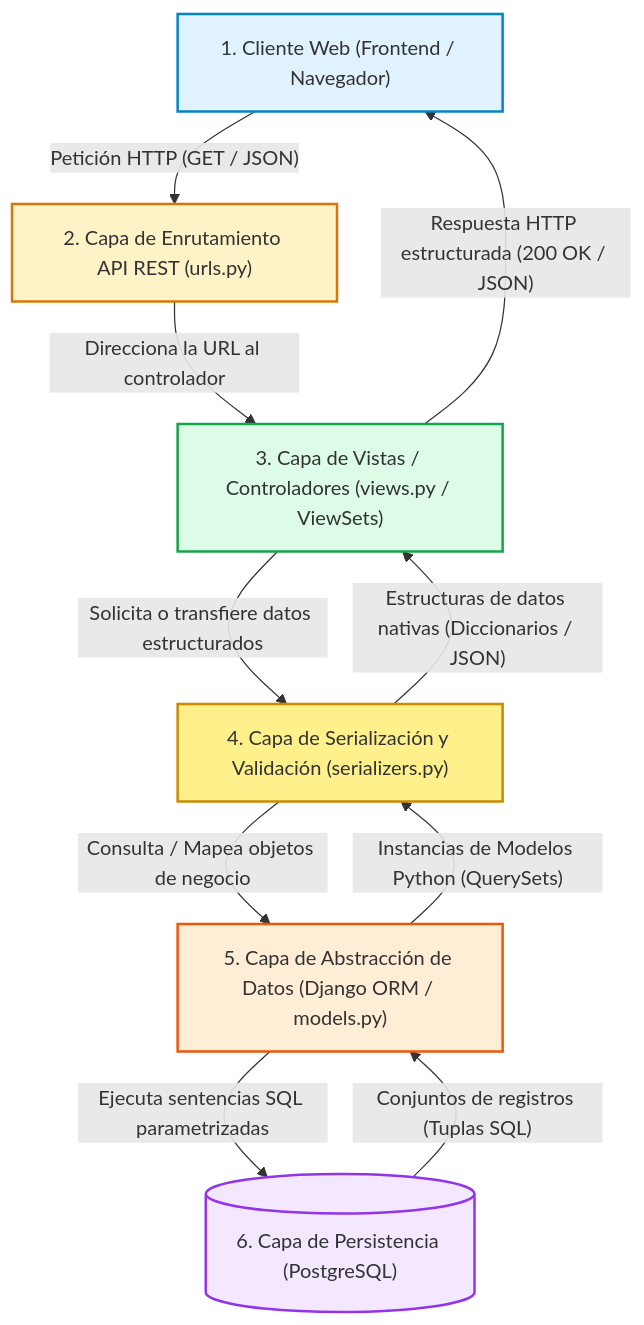
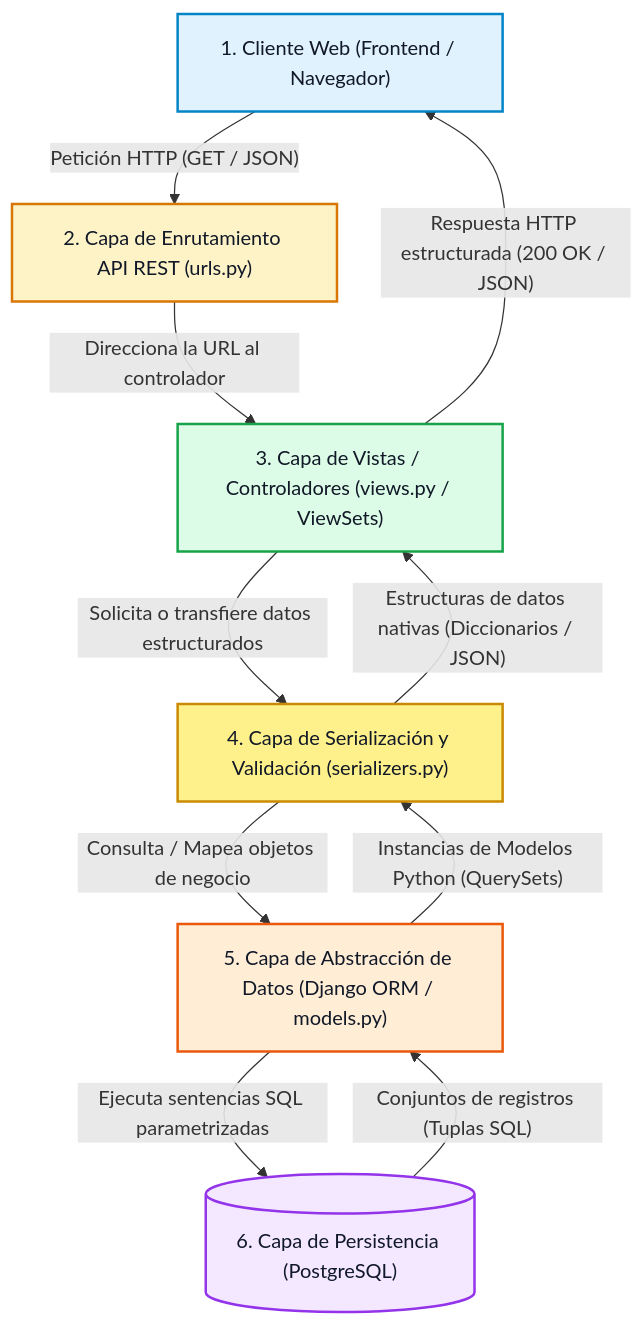
Before and after one commit to Darksam03/RuralConecta-ProyectoWeb: the first of 2 diagrams in docs/arquitectura/estructura-backend.md, drawn with Mermaid. The commit also changed 2 other files, not shown here.

Commit message:
Modifiqued font tipe

````diff
--- a/docs/arquitectura/estructura-backend.md
+++ b/docs/arquitectura/estructura-backend.md
@@ -34,27 +34,27 @@
 ```mermaid
 graph TD
     A["1. Cliente Web (Frontend / Navegador)"] -->|"Petición HTTP (GET / JSON)"| B["2. Capa de Enrutamiento API REST (urls.py)"]
     B -->|"Direcciona la URL al controlador"| C["3. Capa de Vistas / Controladores (views.py / ViewSets)"]
     C -->|"Solicita o transfiere datos estructurados"| D["4. Capa de Serialización y Validación (serializers.py)"]
     D -->|"Consulta / Mapea objetos de negocio"| E["5. Capa de Abstracción de Datos (Django ORM / models.py)"]
     E -->|"Ejecuta sentencias SQL parametrizadas"| F[("6. Capa de Persistencia (PostgreSQL)")]
     
     F -->|"Conjuntos de registros (Tuplas SQL)"| E
     E -->|"Instancias de Modelos Python (QuerySets)"| D
     D -->|"Estructuras de datos nativas (Diccionarios / JSON)"| C
     C -->|"Respuesta HTTP estructurada (200 OK / JSON)"| A
 
-    classDef client fill:#e0f2fe,stroke:#0284c7,stroke-width:2px;
-    classDef routing fill:#fef3c7,stroke:#d97706,stroke-width:2px;
-    classDef logic fill:#dcfce7,stroke:#16a34a,stroke-width:2px;
-    classDef serial fill:#fef08a,stroke:#ca8a04,stroke-width:2px;
-    classDef orm fill:#ffedd5,stroke:#ea580c,stroke-width:2px;
-    classDef db fill:#f3e8ff,stroke:#9333ea,stroke-width:2px;
+    classDef client fill:#e0f2fe,stroke:#0284c7,stroke-width:2px,color:#111827;
+    classDef routing fill:#fef3c7,stroke:#d97706,stroke-width:2px,color:#111827;
+    classDef logic fill:#dcfce7,stroke:#16a34a,stroke-width:2px,color:#111827;
+    classDef serial fill:#fef08a,stroke:#ca8a04,stroke-width:2px,color:#111827;
+    classDef orm fill:#ffedd5,stroke:#ea580c,stroke-width:2px,color:#111827;
+    classDef db fill:#f3e8ff,stroke:#9333ea,stroke-width:2px,color:#111827;
 
     class A client;
     class B routing;
     class C logic;
     class D serial;
     class E orm;
     class F db;
 ```
````
